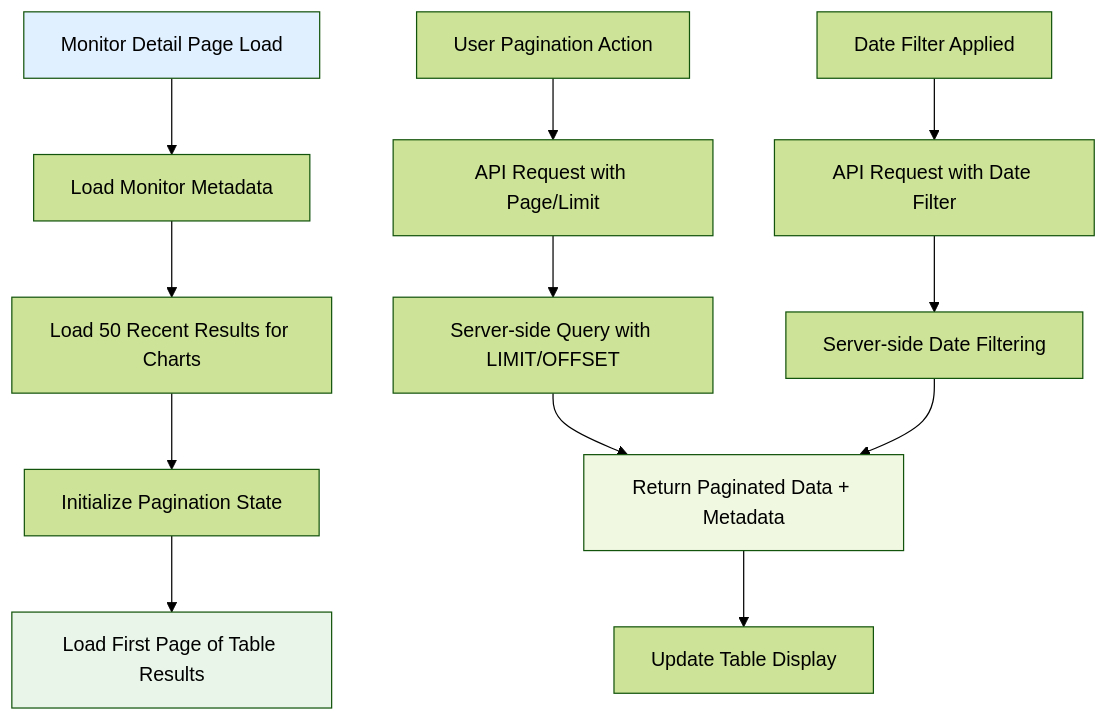
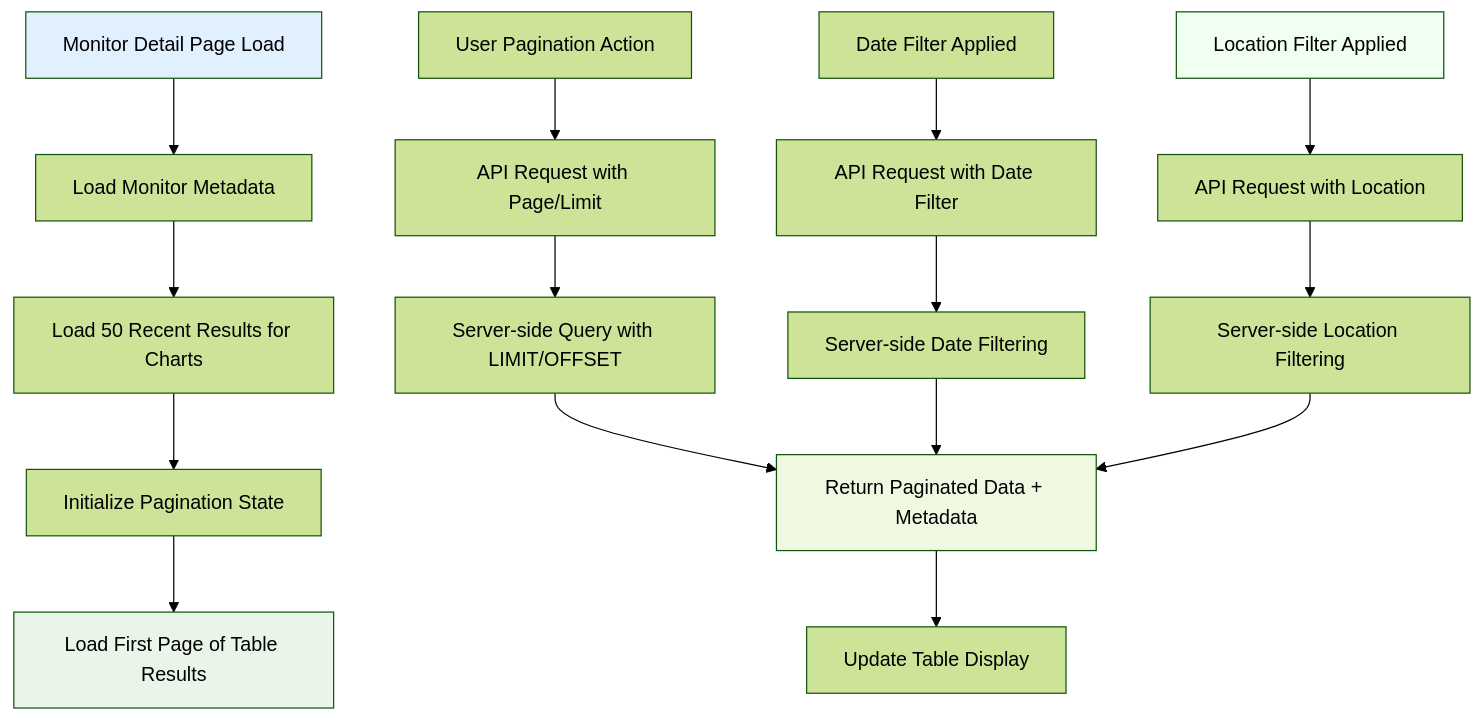
Before and after one commit to supercheck-io/supercheck-core: diagram 15 of 17 in specs/MONITORING_SYSTEM.md, drawn with Mermaid (forest theme). The commit also changed other lines of this file and 41 other files, not shown here.

````diff
--- a/specs/MONITORING_SYSTEM.md
+++ b/specs/MONITORING_SYSTEM.md
@@ -838,20 +900,25 @@
 ```mermaid
 graph TD
     A[Monitor Detail Page Load] --> B[Load Monitor Metadata]
     B --> C[Load 50 Recent Results for Charts]
     C --> D[Initialize Pagination State]
     D --> E[Load First Page of Table Results]
     
     F[User Pagination Action] --> G[API Request with Page/Limit]
     G --> H[Server-side Query with LIMIT/OFFSET]
     H --> I[Return Paginated Data + Metadata]
     I --> J[Update Table Display]
     
     K[Date Filter Applied] --> L[API Request with Date Filter]
     L --> M[Server-side Date Filtering]
     M --> I
     
+    N[Location Filter Applied] --> O[API Request with Location]
+    O --> P[Server-side Location Filtering]
+    P --> I
+    
     style A fill:#e1f0ff
     style E fill:#e8f5e8
     style I fill:#f0f8e1
+    style N fill:#f0fff0
 ```
````
